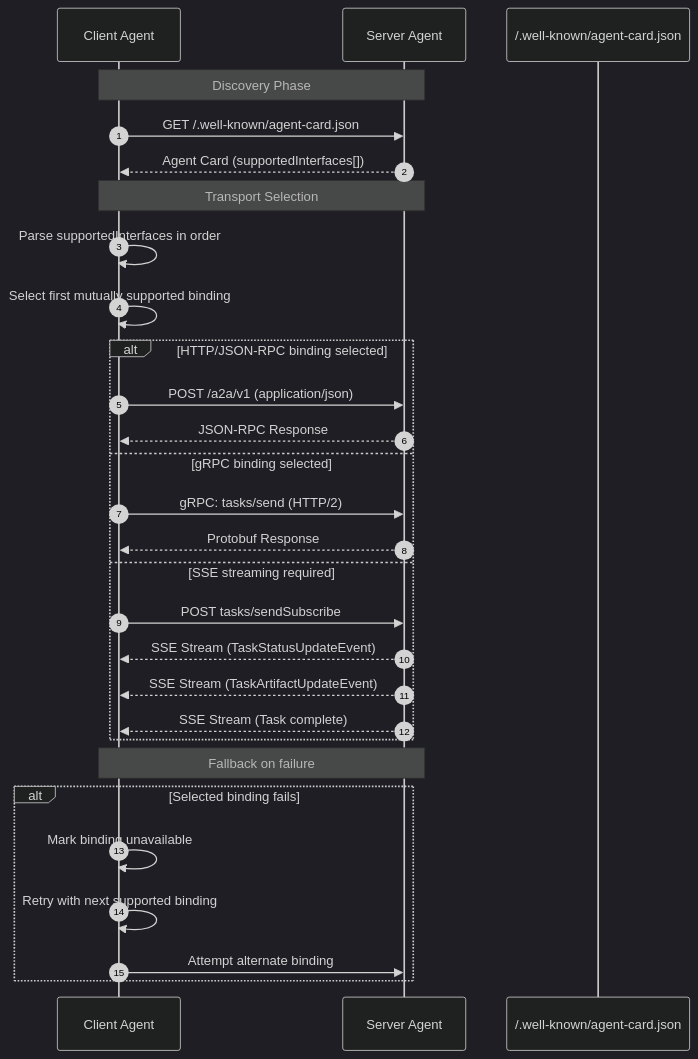
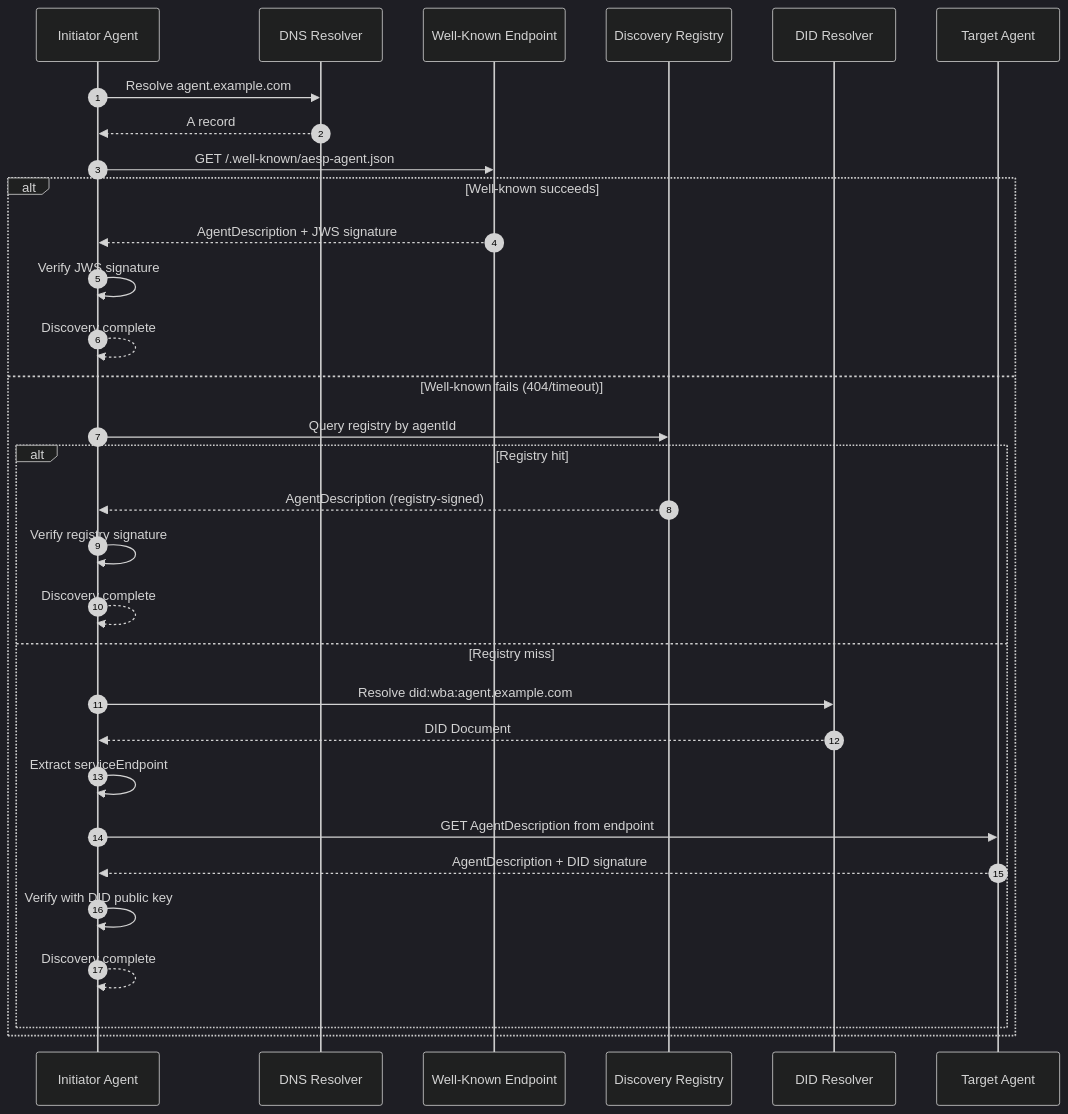
The fourth of 5 diagrams in specification/AESP-0003-continued.md (kishoreHQ/AESP), drawn with Mermaid (dark theme) before and after one commit. The commit also changed other lines of this file, not shown here.

Commit message:
AESP-0003: Part 2/4 - Chapters 5-6 (Communication Patterns, Capability Discovery)

````diff
--- a/specification/AESP-0003-continued.md
+++ b/specification/AESP-0003-continued.md
@@ -372,35 +549,34 @@
 ```mermaid
 sequenceDiagram
     autonumber
-    participant Client as Client Agent
-    participant Server as Server Agent
-    participant Card as /.well-known/agent-card.json
+    participant C as Initiator Agent
+    participant DNS as DNS Resolver
+    participant W as Well-Known Endpoint
+    participant R as Discovery Registry
+    participant D as DID Resolver
+    participant T as Target Agent
 
-    Note over Client,Server: Discovery Phase
-    Client->>Server: GET /.well-known/agent-card.json
-    Server-->>Client: Agent Card (supportedInterfaces[])
-
-    Note over Client,Server: Transport Selection
-    Client->>Client: Parse supportedInterfaces in order
-    Client->>Client: Select first mutually supported binding
-
-    alt HTTP/JSON-RPC binding selected
-        Client->>Server: POST /a2a/v1 (application/json)
-        Server-->>Client: JSON-RPC Response
-    else gRPC binding selected
-        Client->>Server: gRPC: tasks/send (HTTP/2)
-        Server-->>Client: Protobuf Response
-    else SSE streaming required
-        Client->>Server: POST tasks/sendSubscribe
-        Server-->>Client: SSE Stream (TaskStatusUpdateEvent)
-        Server-->>Client: SSE Stream (TaskArtifactUpdateEvent)
-        Server-->>Client: SSE Stream (Task complete)
-    end
-
-    Note over Client,Server: Fallback on failure
-    alt Selected binding fails
-        Client->>Client: Mark binding unavailable
-        Client->>Client: Retry with next supported binding
-        Client->>Server: Attempt alternate binding
+    C->>DNS: Resolve agent.example.com
+    DNS-->>C: A record
+    C->>W: GET /.well-known/aesp-agent.json
+    alt Well-known succeeds
+        W-->>C: AgentDescription + JWS signature
+        C->>C: Verify JWS signature
+        C-->>C: Discovery complete
+    else Well-known fails (404/timeout)
+        C->>R: Query registry by agentId
+        alt Registry hit
+            R-->>C: AgentDescription (registry-signed)
+            C->>C: Verify registry signature
+            C-->>C: Discovery complete
+        else Registry miss
+            C->>D: Resolve did:wba:agent.example.com
+            D-->>C: DID Document
+            C->>C: Extract serviceEndpoint
+            C->>T: GET AgentDescription from endpoint
+            T-->>C: AgentDescription + DID signature
+            C->>C: Verify with DID public key
+            C-->>C: Discovery complete
+        end
     end
 ```
````
